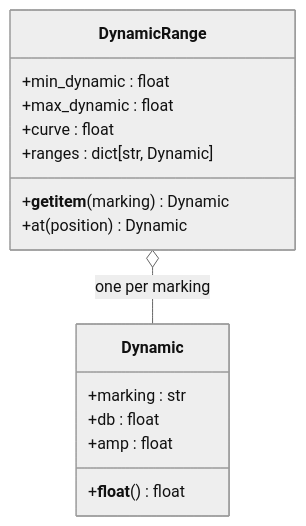
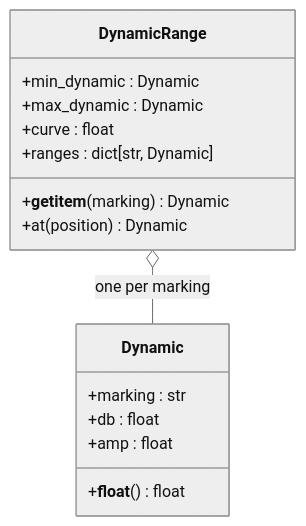
The first of 4 diagrams in docs/architecture/04_DYNATOS.md (kr4g/Klotho), drawn with Mermaid (neutral theme) before and after one commit. The commit also changed other lines of this file and 14 other files, not shown here.

First line of the commit message:
Refresh architecture docs and Sphinx index for 10.x API (10.11.1)

````diff
--- a/docs/architecture/04_DYNATOS.md
+++ b/docs/architecture/04_DYNATOS.md
@@ -45,20 +45,20 @@
 ```mermaid
 classDiagram
     class Dynamic {
         +marking : str
         +db : float
         +amp : float
         +__float__() float
     }
 
     class DynamicRange {
-        +min_dynamic : float
-        +max_dynamic : float
+        +min_dynamic : Dynamic
+        +max_dynamic : Dynamic
         +curve : float
         +ranges : dict[str, Dynamic]
         +__getitem__(marking) Dynamic
         +at(position) Dynamic
     }
 
     DynamicRange o-- Dynamic : one per marking
 ```
````
